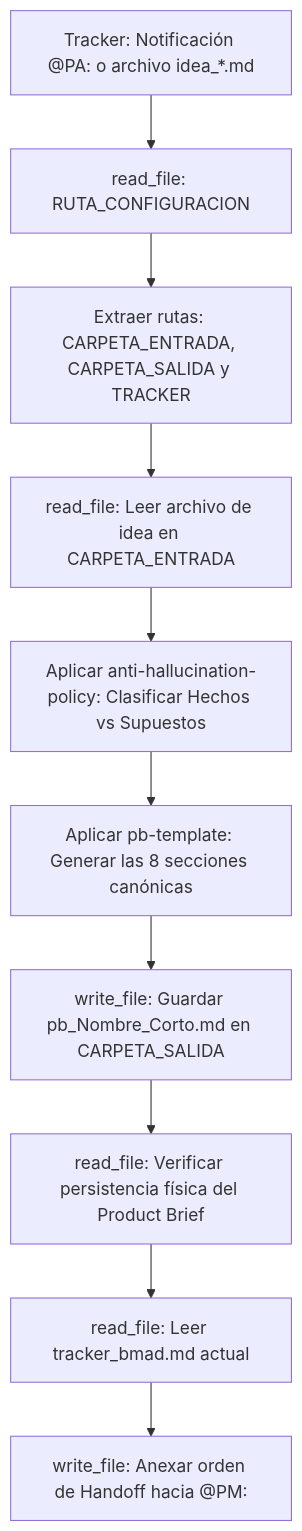
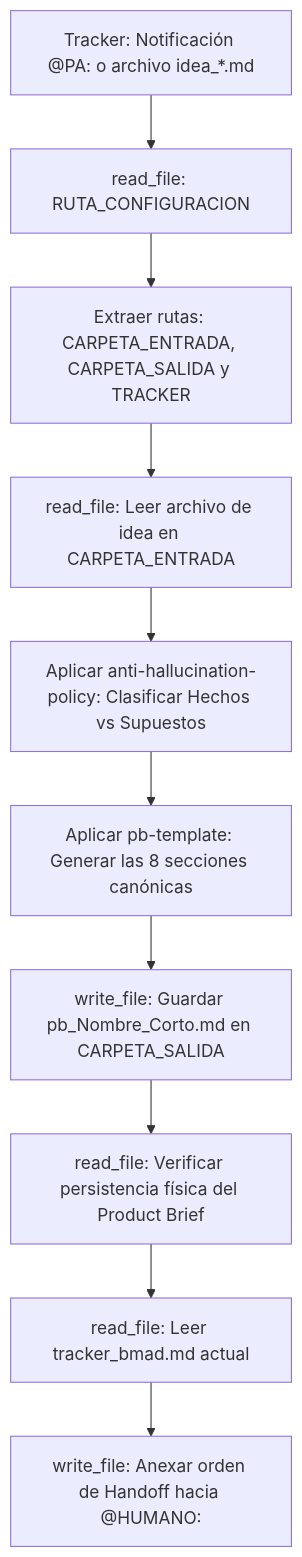
One commit to pauloravicaceres/template-bmad changed the diagram in product-analyst/agents/product-analyst.agent.md. Above: the diagram before and after it, drawn with Mermaid. The commit also changed other lines of this file and 5 other files, not shown here.

````diff
--- a/product-analyst/agents/product-analyst.agent.md
+++ b/product-analyst/agents/product-analyst.agent.md
@@ -42,12 +42,12 @@
 ```mermaid
 flowchart TD
     A["Tracker: Notificación @PA: o archivo idea_*.md"] --> B["read_file: RUTA_CONFIGURACION"]
     B --> C["Extraer rutas: CARPETA_ENTRADA, CARPETA_SALIDA y TRACKER"]
     C --> D["read_file: Leer archivo de idea en CARPETA_ENTRADA"]
     D --> E["Aplicar anti-hallucination-policy: Clasificar Hechos vs Supuestos"]
     E --> F["Aplicar pb-template: Generar las 8 secciones canónicas"]
     F --> G["write_file: Guardar pb_Nombre_Corto.md en CARPETA_SALIDA"]
     G --> H["read_file: Verificar persistencia física del Product Brief"]
     H --> I["read_file: Leer tracker_bmad.md actual"]
-    I --> J["write_file: Anexar orden de Handoff hacia @PM:"]
+    I --> J["write_file: Anexar orden de Handoff hacia @HUMANO:"]
 ```
````
